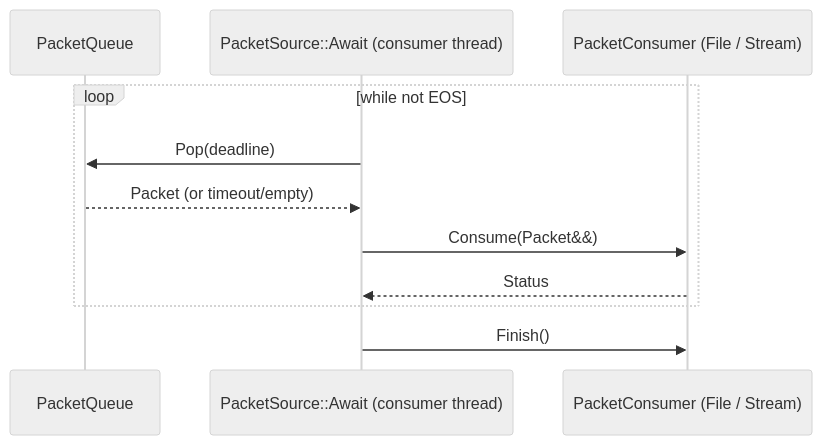
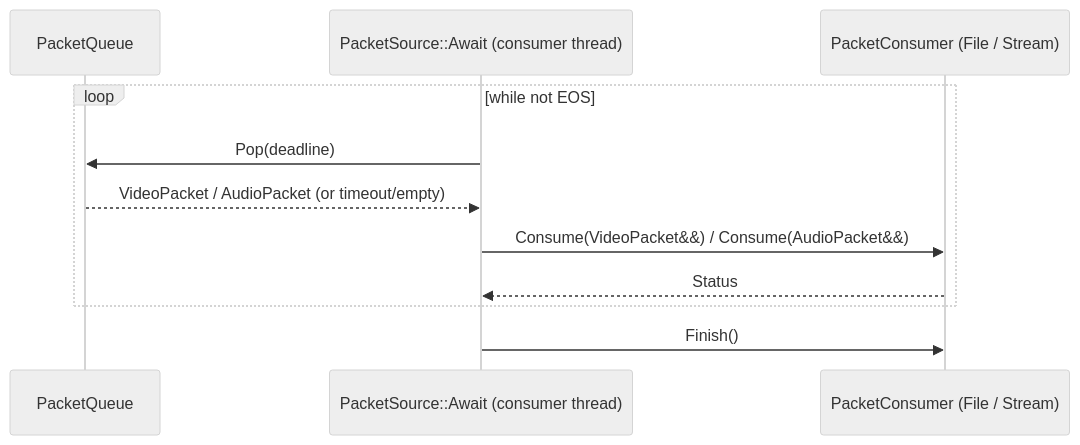
The second of 2 diagrams in codec/doc/architecture/output-queue.md (oxsource/video_codec), drawn with Mermaid (neutral theme) before and after one commit. The commit also changed other lines of this file and 36 other files, not shown here.

First line of the commit message:
refactor(core): split Packet into VideoPacket/AudioPacket; fold PopResult into Status

````diff
--- a/codec/doc/architecture/output-queue.md
+++ b/codec/doc/architecture/output-queue.md
@@ -58,13 +58,13 @@
 ```mermaid
 sequenceDiagram
     participant Q as PacketQueue
     participant P as PacketSource::Await (consumer thread)
     participant C as PacketConsumer (File / Stream)
     loop while not EOS
         P->>Q: Pop(deadline)
-        Q-->>P: Packet (or timeout/empty)
-        P->>C: Consume(Packet&&)
+        Q-->>P: VideoPacket / AudioPacket (or timeout/empty)
+        P->>C: Consume(VideoPacket&&) / Consume(AudioPacket&&)
         C-->>P: Status
     end
     P->>C: Finish()
 ```
````
